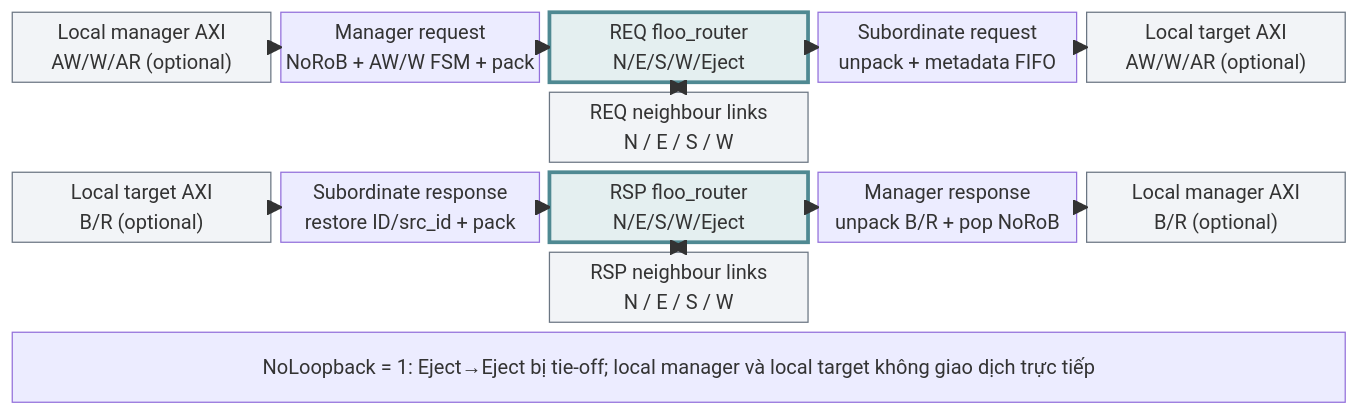
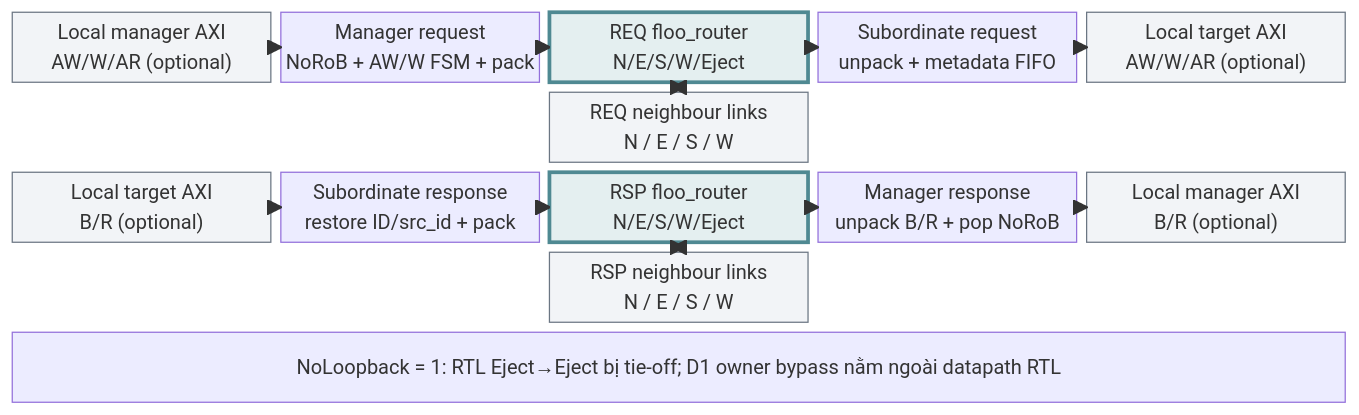
The third of 12 diagrams in components/floo_noc_model/docs/NOC_MODEL_ARCHITECTURE.vi.md (phuonglhm/CDC-VP), drawn with Mermaid before and after one commit. The commit also changed other lines of this file and 27 other files, not shown here.

````diff
--- a/components/floo_noc_model/docs/NOC_MODEL_ARCHITECTURE.vi.md
+++ b/components/floo_noc_model/docs/NOC_MODEL_ARCHITECTURE.vi.md
@@ -423,34 +431,34 @@
 ```mermaid
 block-beta
   columns 5
   MREQ["Local manager AXI<br/>AW/W/AR (optional)"] MP["Manager request<br/>NoRoB + AW/W FSM + pack"] RQ["REQ floo_router<br/>N/E/S/W/Eject"] SU["Subordinate request<br/>unpack + metadata FIFO"] TREQ["Local target AXI<br/>AW/W/AR (optional)"]
   space space NREQ["REQ neighbour links<br/>N / E / S / W"] space space
   TRSP["Local target AXI<br/>B/R (optional)"] SP["Subordinate response<br/>restore ID/src_id + pack"] RS["RSP floo_router<br/>N/E/S/W/Eject"] MR["Manager response<br/>unpack B/R + pop NoRoB"] MRSP["Local manager AXI<br/>B/R (optional)"]
   space space NRSP["RSP neighbour links<br/>N / E / S / W"] space space
-  NL["NoLoopback = 1: Eject→Eject bị tie-off; local manager và local target không giao dịch trực tiếp"]:5
+  NL["NoLoopback = 1: RTL Eject→Eject bị tie-off; D1 owner bypass nằm ngoài datapath RTL"]:5
 
   MREQ --> MP
   MP --> RQ
   RQ --> SU
   SU --> TREQ
   NREQ <--> RQ
 
   TRSP --> SP
   SP --> RS
   RS --> MR
   MR --> MRSP
   NRSP <--> RS
 
   classDef router fill:#e4eff0,stroke:#4f8992,stroke-width:2px;
   classDef local fill:#f2f4f7,stroke:#6b7683;
   class RQ,RS router;
   class MREQ,TREQ,TRSP,MRSP,NREQ,NRSP local;
   style RQ fill:#e4eff0,stroke:#4f8992,stroke-width:3px
   style RS fill:#e4eff0,stroke:#4f8992,stroke-width:3px
   style MREQ fill:#f2f4f7,stroke:#6b7683
   style TREQ fill:#f2f4f7,stroke:#6b7683
   style TRSP fill:#f2f4f7,stroke:#6b7683
   style MRSP fill:#f2f4f7,stroke:#6b7683
   style NREQ fill:#f2f4f7,stroke:#6b7683
   style NRSP fill:#f2f4f7,stroke:#6b7683
 ```
````
